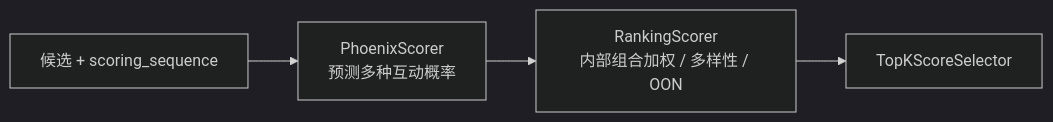
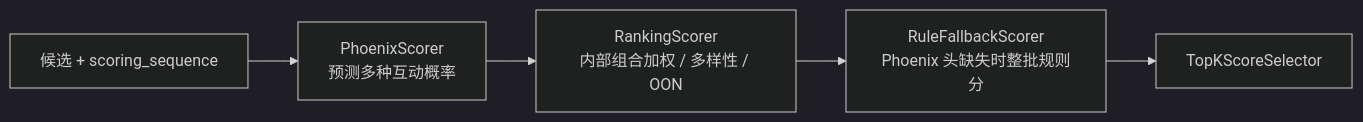
One commit to freefcw/x-algorithm changed the third of 4 diagrams in docs/home-mixer/04-retrieval-filter-ranking.md. Above: the diagram before and after it, drawn with Mermaid (dark theme). The commit also changed other lines of this file and 21 other files, not shown here.

````diff
--- a/docs/home-mixer/04-retrieval-filter-ranking.md
+++ b/docs/home-mixer/04-retrieval-filter-ranking.md
@@ -123,6 +144,7 @@
 ```mermaid
 flowchart LR
     A["候选 + scoring_sequence"] --> P["PhoenixScorer<br/>预测多种互动概率"]
     P --> R["RankingScorer<br/>内部组合加权 / 多样性 / OON"]
-    R --> S["TopKScoreSelector"]
+    R --> RF["RuleFallbackScorer<br/>Phoenix 头缺失时整批规则分"]
+    RF --> S["TopKScoreSelector"]
 ```
````
